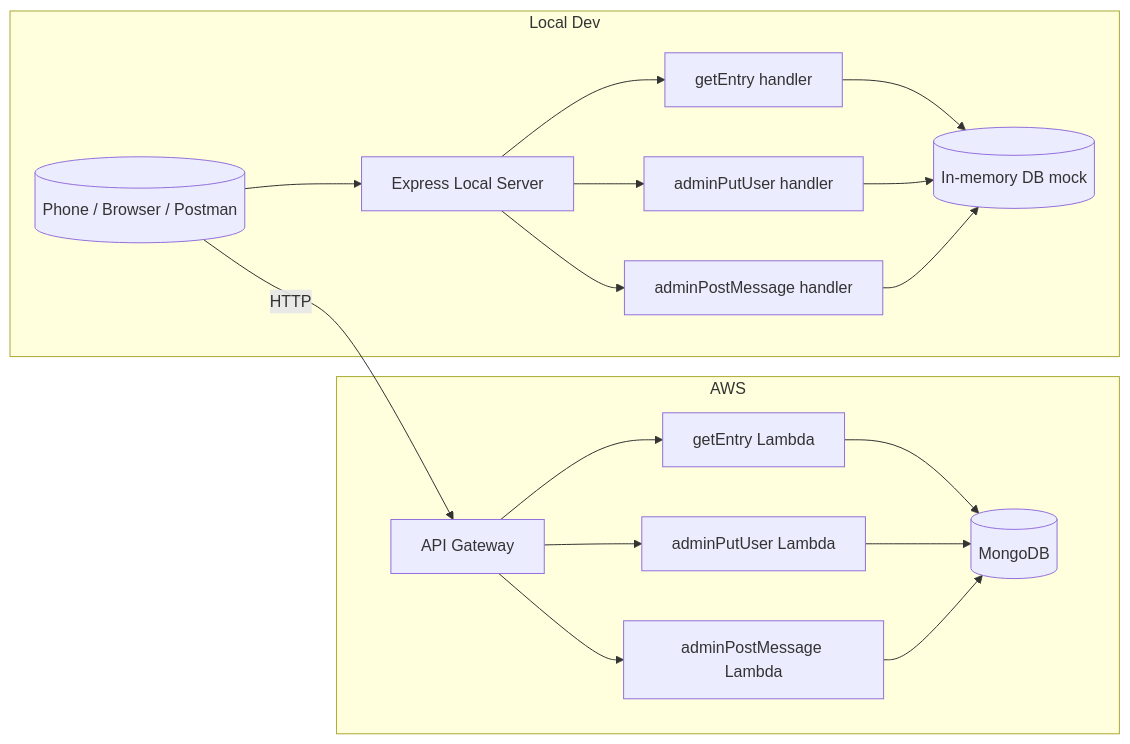
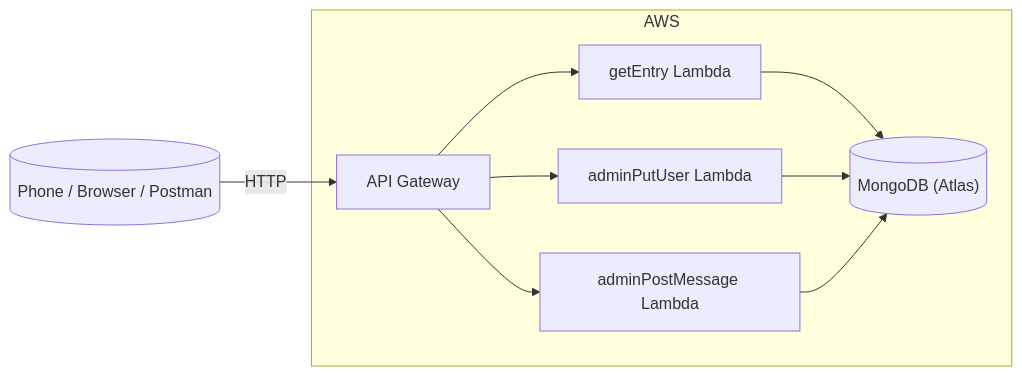
The diagram in README.md (krealal/nfc-card-app), drawn with Mermaid before and after one commit. The commit also changed other lines of this file, not shown here.

Commit message:
docs: update README for cloud Mongo and optional local Express

````diff
--- a/README.md
+++ b/README.md
@@ -12,22 +11,12 @@
 ```mermaid
 flowchart LR
   Client[("Phone / Browser / Postman")] -->|HTTP| APIGW["API Gateway"]
   subgraph AWS
     APIGW --> GET["getEntry Lambda"]
     APIGW --> PUTU["adminPutUser Lambda"]
     APIGW --> POSTM["adminPostMessage Lambda"]
-    GET --> MDB[("MongoDB")]
+    GET --> MDB[("MongoDB (Atlas)")]
     PUTU --> MDB
     POSTM --> MDB
   end
-
-  subgraph Local Dev
-    Client --> LEXP["Express Local Server"]
-    LEXP --> LGET["getEntry handler"]
-    LEXP --> LPUT["adminPutUser handler"]
-    LEXP --> LPOST["adminPostMessage handler"]
-    LGET --> LMEM[("In-memory DB mock")]
-    LPUT --> LMEM
-    LPOST --> LMEM
-  end
 ```
````
